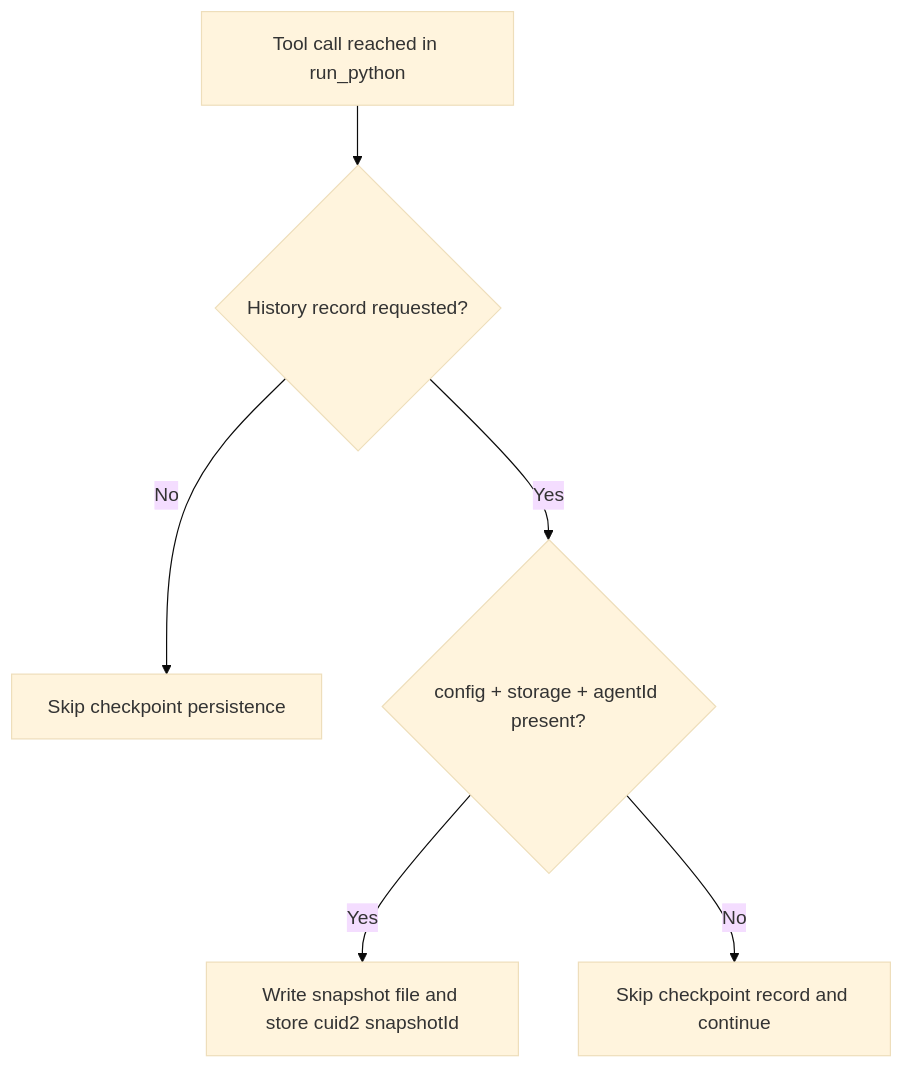
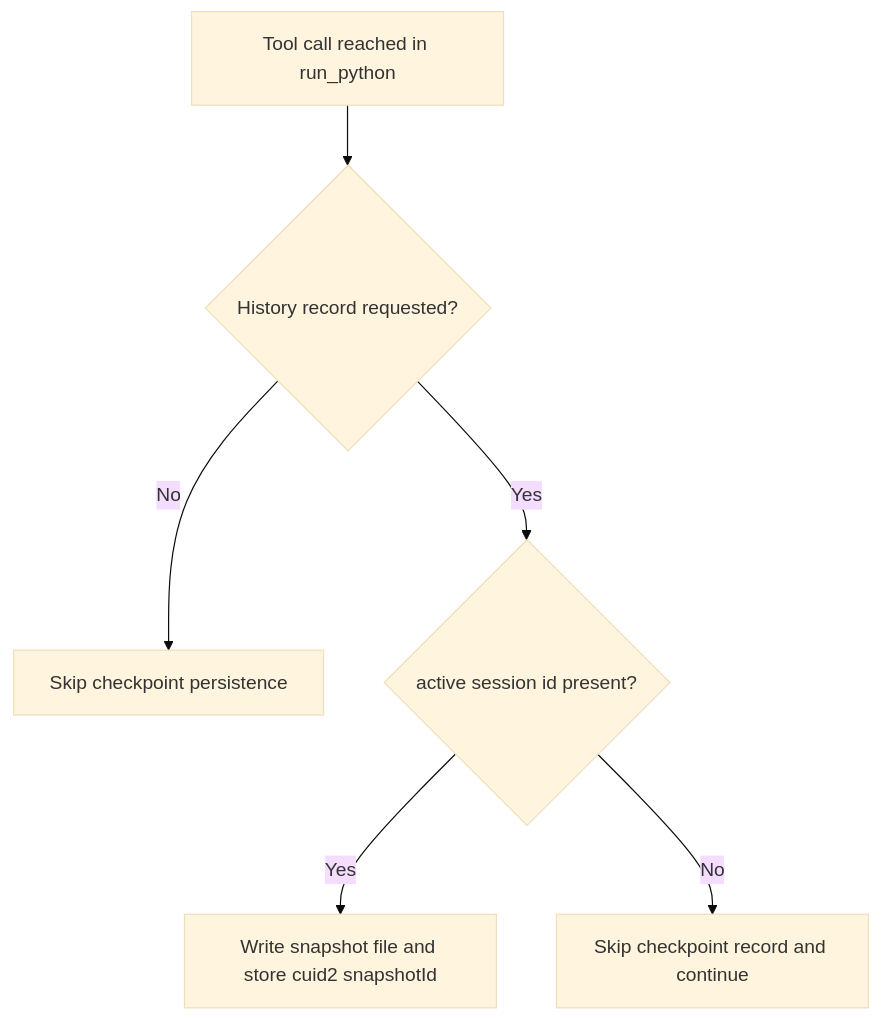
Before and after one commit to ex3ndr/daycare: the third of 3 diagrams in doc/internals/rlm-checkpointing.md, drawn with Mermaid (base theme). The commit also changed other lines of this file and 7 other files, not shown here.

````diff
--- a/doc/internals/rlm-checkpointing.md
+++ b/doc/internals/rlm-checkpointing.md
@@ -114,8 +114,8 @@
 ```mermaid
 flowchart TD
     A[Tool call reached in run_python] --> B{History record requested?}
     B -->|No| C[Skip checkpoint persistence]
-    B -->|Yes| D{config + storage + agentId present?}
+    B -->|Yes| D{active session id present?}
     D -->|Yes| E[Write snapshot file and store cuid2 snapshotId]
     D -->|No| F[Skip checkpoint record and continue]
 ```
````
